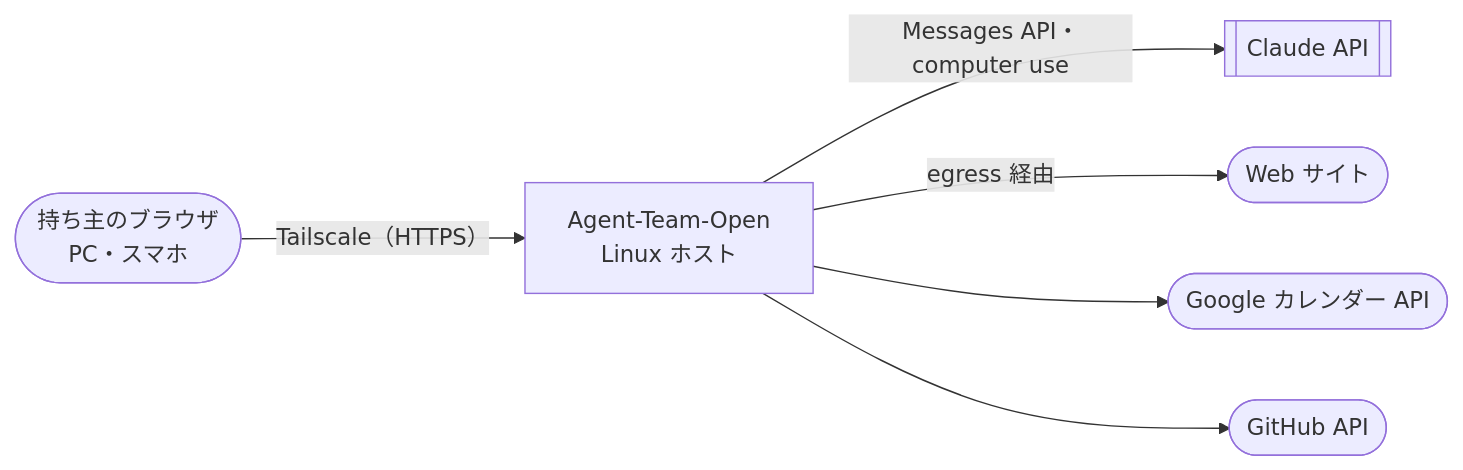
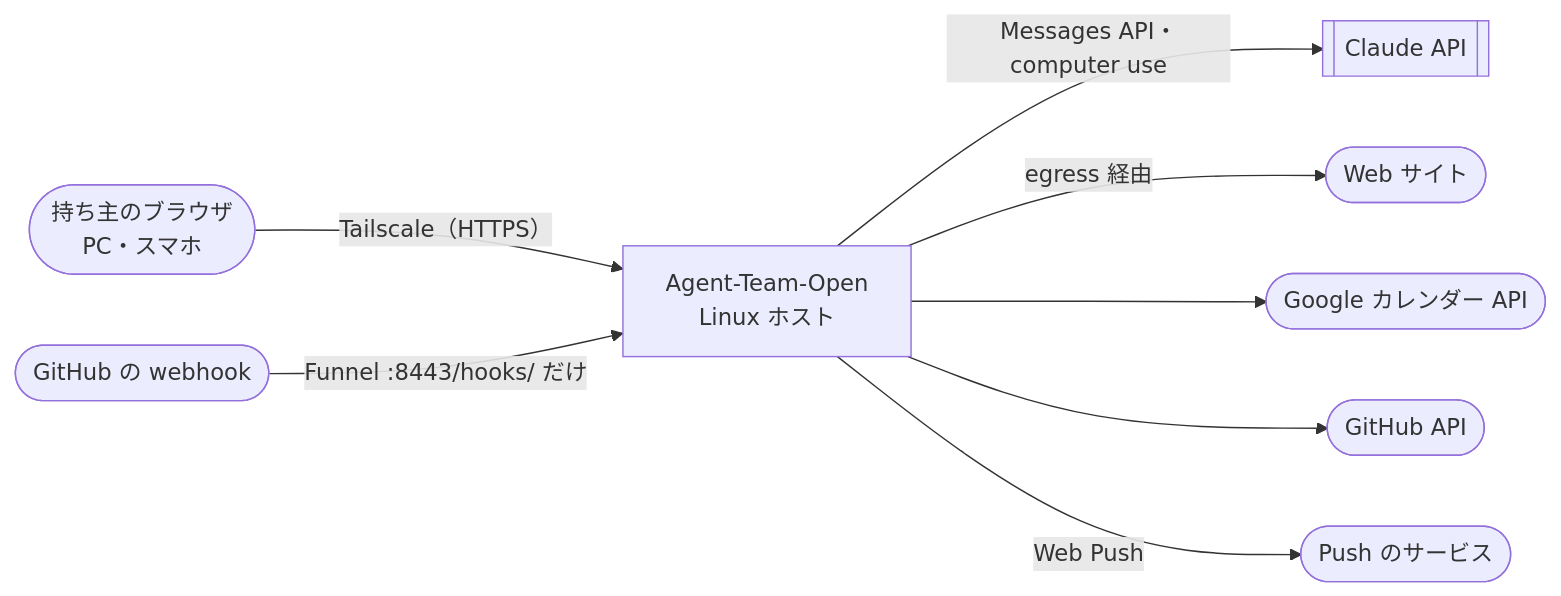
The first of 3 diagrams in docs/design/07_architecture.md (itiwoja/agent-team), drawn with Mermaid before and after one commit. The commit also changed other lines of this file and 25 other files, not shown here.

````diff
--- a/docs/design/07_architecture.md
+++ b/docs/design/07_architecture.md
@@ -16,8 +18,10 @@
 ```mermaid
 flowchart LR
  O(["持ち主のブラウザ<br/>PC・スマホ"]) -->|"Tailscale（HTTPS）"| M["Agent-Team-Open<br/>Linux ホスト"]
+ GHW(["GitHub の webhook"]) -->|"Funnel :8443/hooks/ だけ"| M
  M -->|"Messages API・computer use"| C[["Claude API"]]
  M -->|"egress 経由"| WEB(["Web サイト"])
  M --> G(["Google カレンダー API"])
  M --> GH(["GitHub API"])
+ M -->|"Web Push"| PS(["Push のサービス"])
 ```
````
